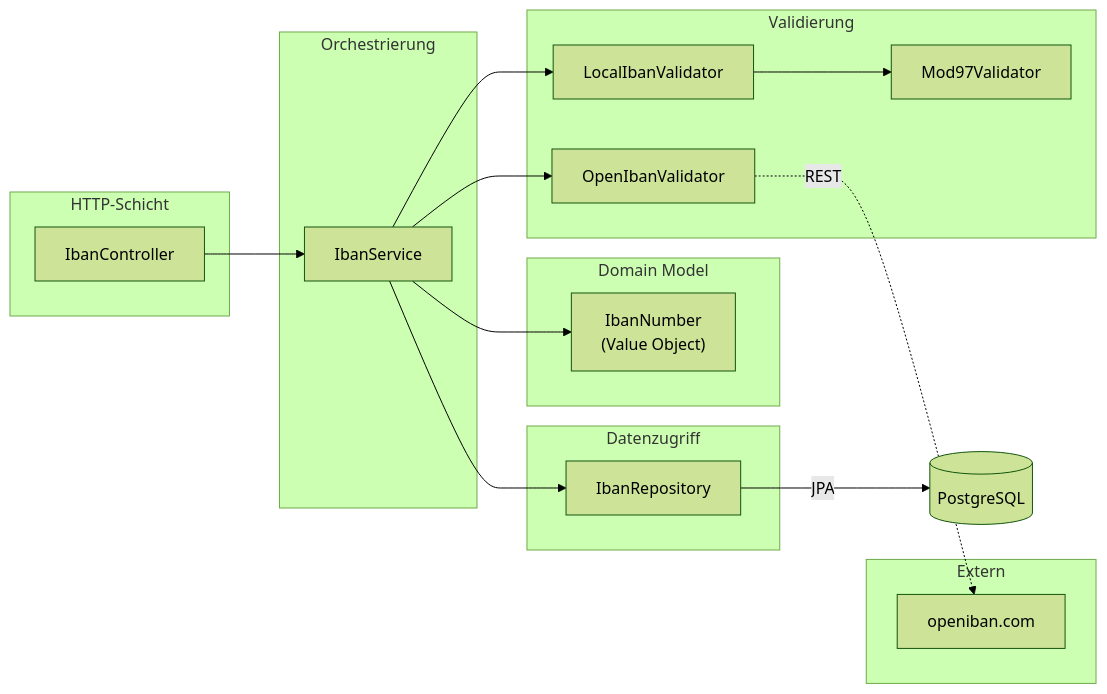
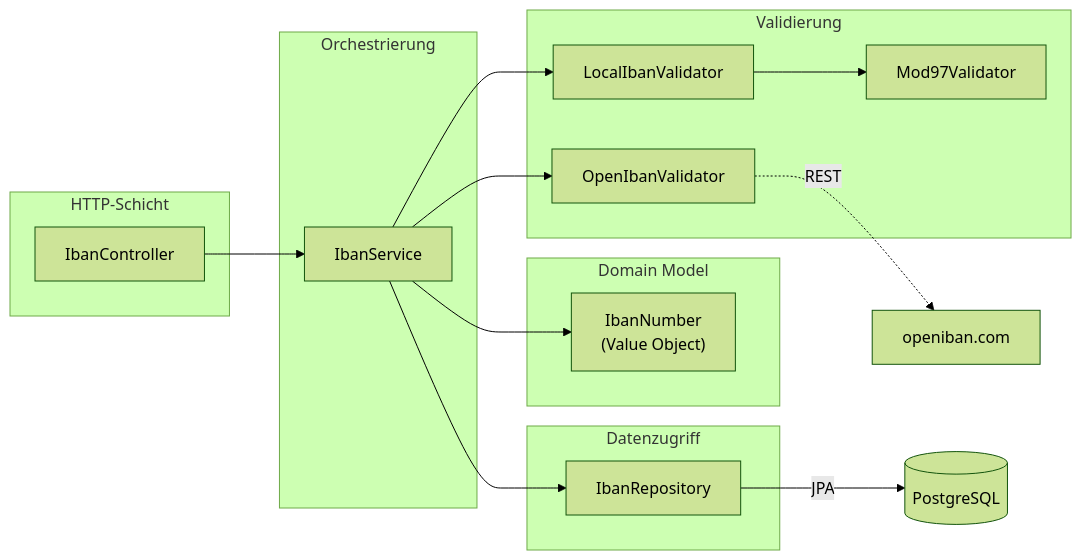
The third of 6 diagrams in docs/presentation.md (nicograef/lexiban), drawn with Mermaid (forest theme) before and after one commit. The commit also changed other lines of this file, not shown here.

````diff
--- a/docs/presentation.md
+++ b/docs/presentation.md
@@ -155,32 +115,29 @@
 ```mermaid
 graph LR
     subgraph Controller ["HTTP-Schicht"]
         IC["IbanController"]
     end
     subgraph Service ["Orchestrierung"]
         IS["IbanService"]
     end
     subgraph Validators ["Validierung"]
         LV["LocalIbanValidator"]
         OV["OpenIbanValidator"]
         M97["Mod97Validator"]
     end
     subgraph Domain ["Domain Model"]
         VO["IbanNumber\n(Value Object)"]
     end
     subgraph Repository ["Datenzugriff"]
         IR["IbanRepository"]
     end
-    subgraph External ["Extern"]
-        API["openiban.com"]
-    end
 
     IC --> IS
     IS --> LV
     IS --> OV
     IS --> IR
     IS --> VO
     LV --> M97
-    OV -.->|"REST"| API
+    OV -.->|"REST"| API["openiban.com"]
     IR -->|"JPA"| DB[("PostgreSQL")]
 ```
````
